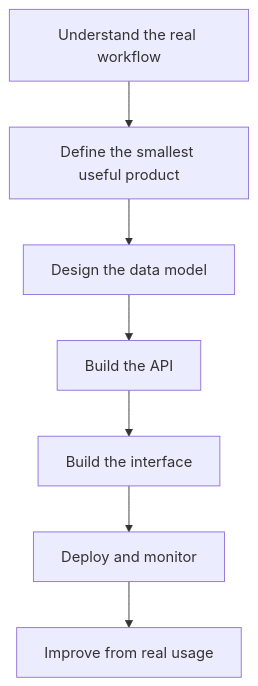
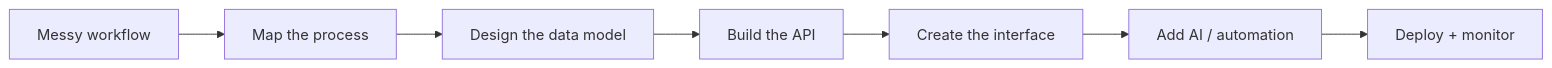
Before and after one commit to ajgeorge/ajgeorge: the diagram in README.md, drawn with Mermaid. The commit also changed other lines of this file, not shown here.

````diff
--- a/README.md
+++ b/README.md
@@ -80,9 +59,9 @@
 ```mermaid
-flowchart TD
-    A[Understand the real workflow] --> B[Define the smallest useful product]
+flowchart LR
+    A[Messy workflow] --> B[Map the process]
     B --> C[Design the data model]
     C --> D[Build the API]
-    D --> E[Build the interface]
-    E --> F[Deploy and monitor]
-    F --> G[Improve from real usage]
+    D --> E[Create the interface]
+    E --> F[Add AI / automation]
+    F --> G[Deploy + monitor]
 ```
````
